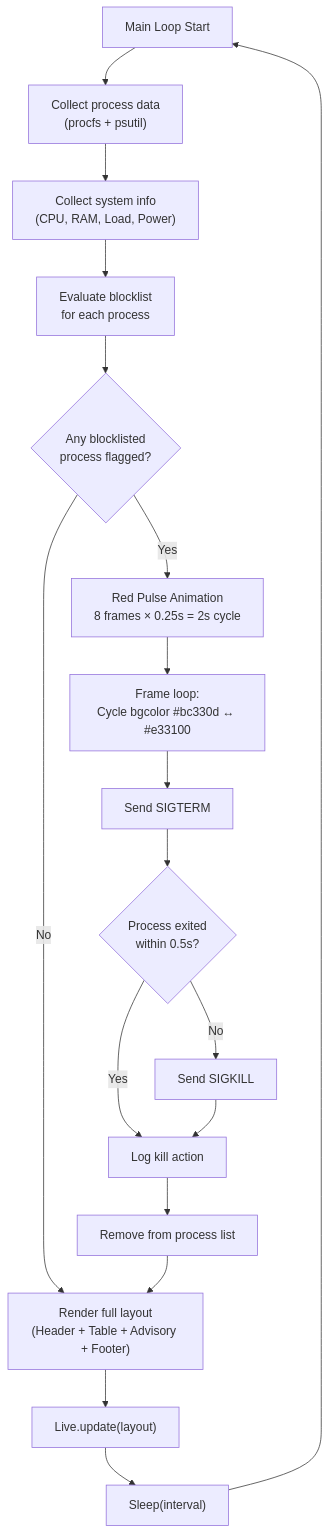
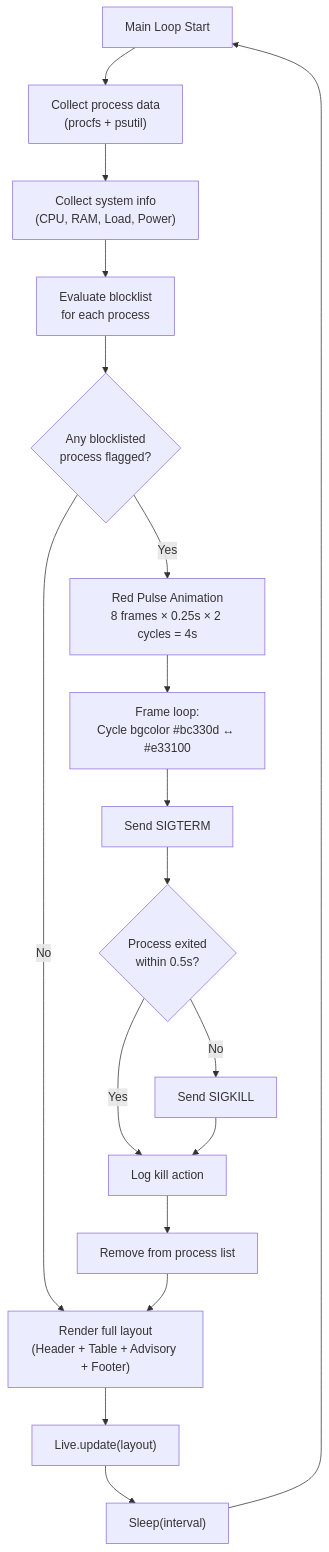
The second of 2 diagrams in README.md (bleng0/smartkernelmodule), drawn with Mermaid before and after one commit. The commit also changed other lines of this file, not shown here.

Commit message:
Docs: Synchronize README with codebase after full audit. Corrected animation timing and configuration fields.

````diff
--- a/README.md
+++ b/README.md
@@ -132,20 +133,20 @@
 ```mermaid
 flowchart TD
     A["Main Loop Start"] --> B["Collect process data\n(procfs + psutil)"]
     B --> C["Collect system info\n(CPU, RAM, Load, Power)"]
     C --> D["Evaluate blocklist\nfor each process"]
     D --> E{"Any blocklisted\nprocess flagged?"}
     E -- No --> F["Render full layout\n(Header + Table + Advisory + Footer)"]
-    E -- Yes --> G["Red Pulse Animation\n8 frames × 0.25s = 2s cycle"]
+    E -- Yes --> G["Red Pulse Animation\n8 frames × 0.25s × 2 cycles = 4s"]
     G --> H["Frame loop:\nCycle bgcolor #bc330d ↔ #e33100"]
     H --> I["Send SIGTERM"]
     I --> J{"Process exited\nwithin 0.5s?"}
     J -- No --> K["Send SIGKILL"]
     J -- Yes --> L["Log kill action"]
     K --> L
     L --> M["Remove from process list"]
     M --> F
     F --> N["Live.update(layout)"]
     N --> O["Sleep(interval)"]
     O --> A
 ```
````
